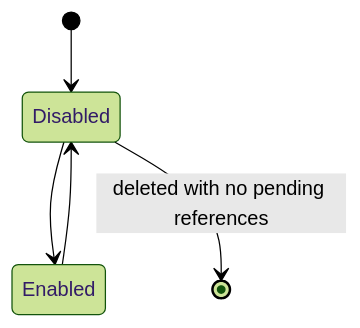
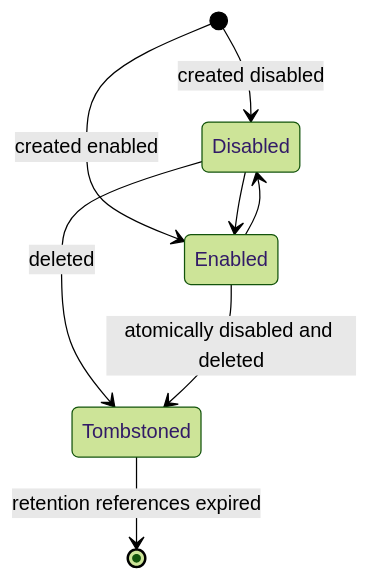
Diagram 11 of 12 in MiniCloud-Spec-v1.0.md (yourikka/minicloud), drawn with Mermaid (forest theme) before and after one commit. The commit also changed other lines of this file, not shown here.

````diff
--- a/MiniCloud-Spec-v1.0.md
+++ b/MiniCloud-Spec-v1.0.md
@@ -1032,7 +1146,10 @@
 ```mermaid
 stateDiagram-v2
-    [*] --> Disabled
+    [*] --> Disabled: created disabled
+    [*] --> Enabled: created enabled
     Disabled --> Enabled
     Enabled --> Disabled
-    Disabled --> [*]: deleted with no pending references
+    Disabled --> Tombstoned: deleted
+    Enabled --> Tombstoned: atomically disabled and deleted
+    Tombstoned --> [*]: retention references expired
 ```
````
